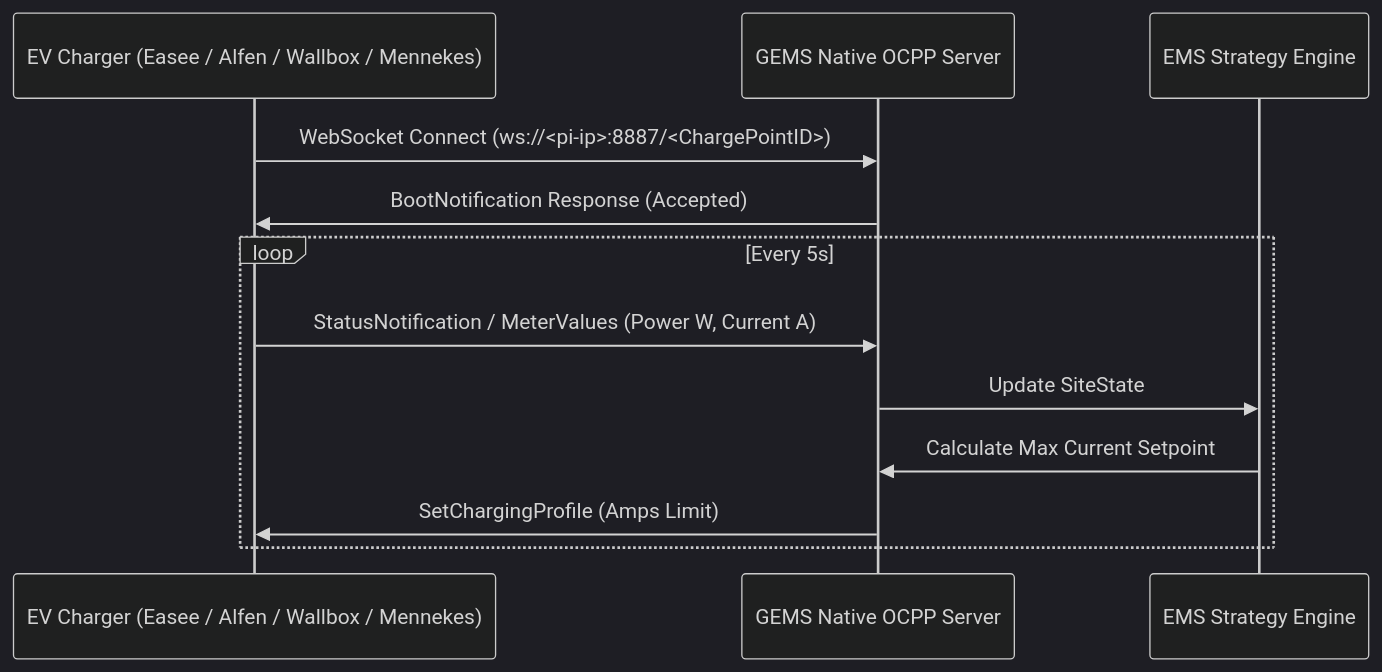
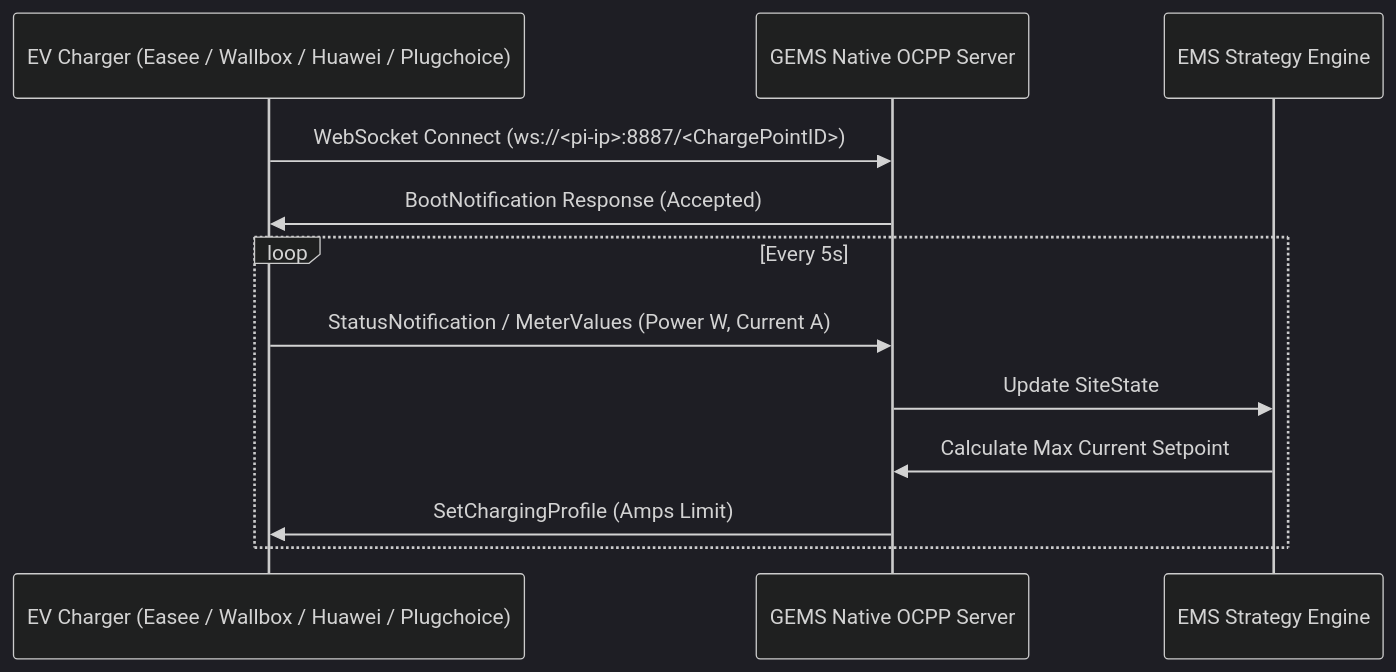
One commit to webdotpulse/GRID-EMS-RELEASE changed the fourth of 4 diagrams in docs/advanced_manual.md. Above: the diagram before and after it, drawn with Mermaid (dark theme). The commit also changed other lines of this file and 13 other files, not shown here.

````diff
--- a/docs/advanced_manual.md
+++ b/docs/advanced_manual.md
@@ -225,15 +248,15 @@
 ```mermaid
 sequenceDiagram
-    participant EVSE as EV Charger (Easee / Alfen / Wallbox / Mennekes)
+    participant EVSE as EV Charger (Easee / Wallbox / Huawei / Plugchoice)
     participant GEMS as GEMS Native OCPP Server
     participant Logic as EMS Strategy Engine
 
     EVSE->>GEMS: WebSocket Connect (ws://<pi-ip>:8887/<ChargePointID>)
     GEMS->>EVSE: BootNotification Response (Accepted)
     loop Every 5s
         EVSE->>GEMS: StatusNotification / MeterValues (Power W, Current A)
         GEMS->>Logic: Update SiteState
         Logic->>GEMS: Calculate Max Current Setpoint
         GEMS->>EVSE: SetChargingProfile (Amps Limit)
     end
 ```
````
